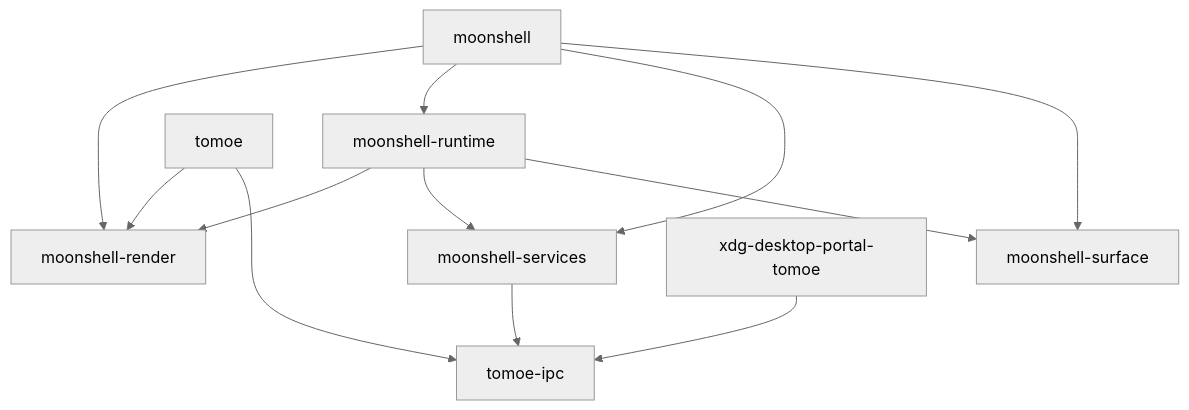
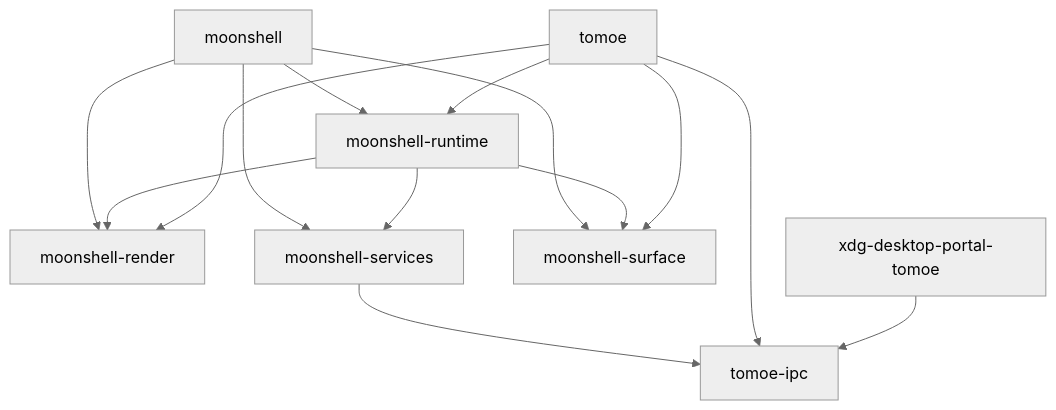
The diagram in ARCHITECTURE.md (y0usaf/tomoe), drawn with Mermaid (neutral theme) before and after one commit. The commit also changed other lines of this file and 9 other files, not shown here.

````diff
--- a/ARCHITECTURE.md
+++ b/ARCHITECTURE.md
@@ -14,14 +14,16 @@
 ```mermaid
 graph TD
   moonshell["moonshell"] --> moonshell_render["moonshell-render"]
   moonshell["moonshell"] --> moonshell_runtime["moonshell-runtime"]
   moonshell["moonshell"] --> moonshell_services["moonshell-services"]
   moonshell["moonshell"] --> moonshell_surface["moonshell-surface"]
   moonshell_runtime["moonshell-runtime"] --> moonshell_render["moonshell-render"]
   moonshell_runtime["moonshell-runtime"] --> moonshell_services["moonshell-services"]
   moonshell_runtime["moonshell-runtime"] --> moonshell_surface["moonshell-surface"]
   moonshell_services["moonshell-services"] --> tomoe_ipc["tomoe-ipc"]
   tomoe["tomoe"] --> moonshell_render["moonshell-render"]
+  tomoe["tomoe"] --> moonshell_runtime["moonshell-runtime"]
+  tomoe["tomoe"] --> moonshell_surface["moonshell-surface"]
   tomoe["tomoe"] --> tomoe_ipc["tomoe-ipc"]
   xdg_desktop_portal_tomoe["xdg-desktop-portal-tomoe"] --> tomoe_ipc["tomoe-ipc"]
 ```
````
